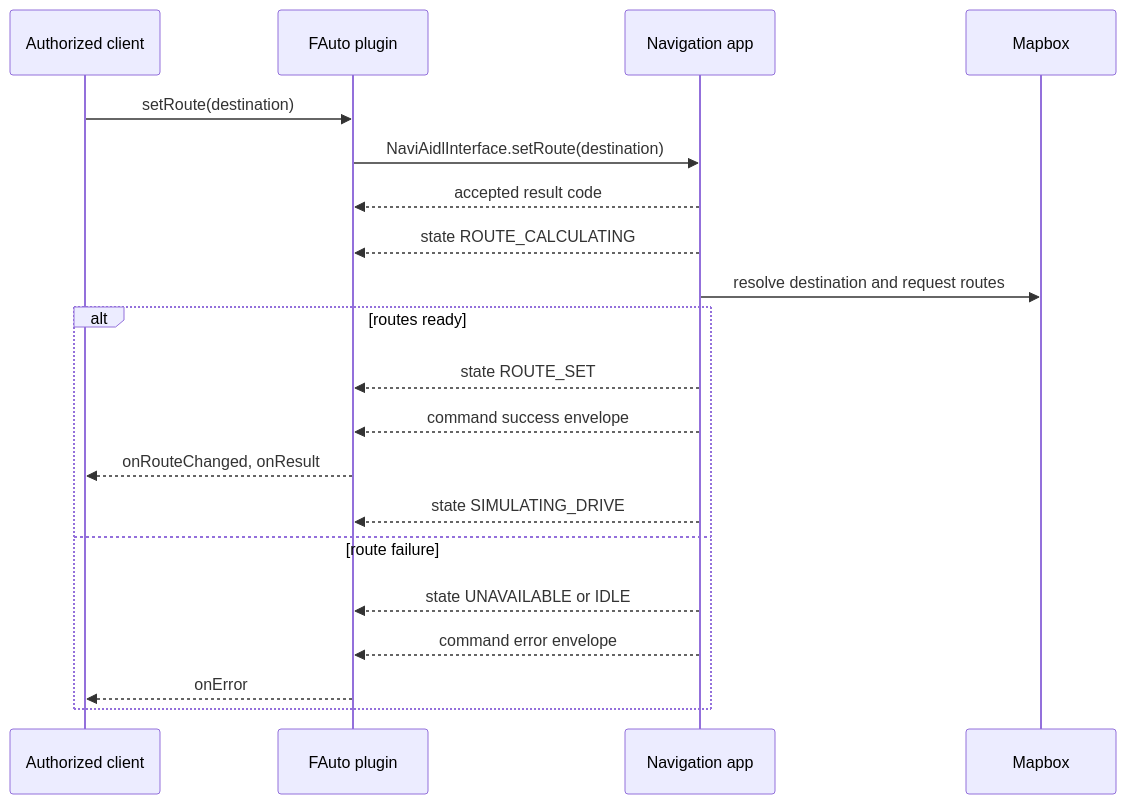
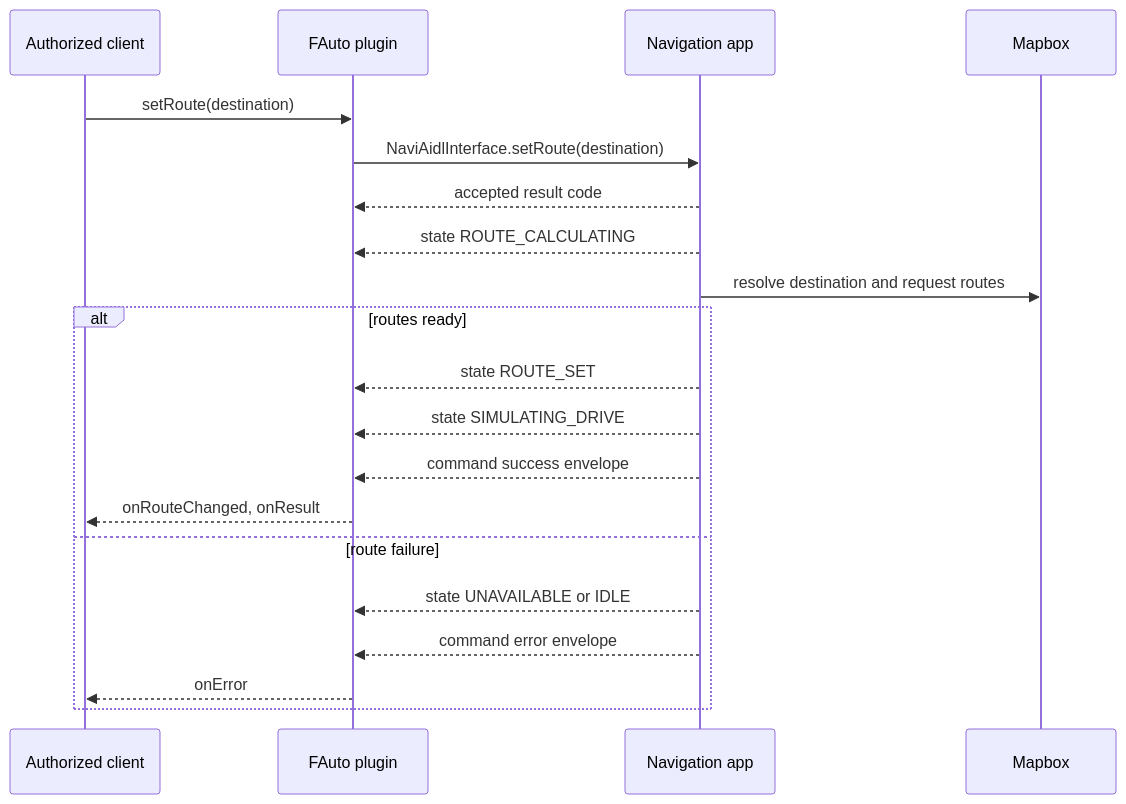
The fourth of 6 diagrams in docs/navigation-architecture.md (hieuld311/mapboxdemo), drawn with Mermaid before and after one commit. The commit also changed other lines of this file and 3 other files, not shown here.

````diff
--- a/docs/navigation-architecture.md
+++ b/docs/navigation-architecture.md
@@ -137,23 +137,23 @@
 ```mermaid
 sequenceDiagram
     participant Client as Authorized client
     participant Plugin as FAuto plugin
     participant App as Navigation app
     participant Mapbox as Mapbox
 
     Client->>Plugin: setRoute(destination)
     Plugin->>App: NaviAidlInterface.setRoute(destination)
     App-->>Plugin: accepted result code
     App-->>Plugin: state ROUTE_CALCULATING
     App->>Mapbox: resolve destination and request routes
     alt routes ready
         App-->>Plugin: state ROUTE_SET
+        App-->>Plugin: state SIMULATING_DRIVE
         App-->>Plugin: command success envelope
         Plugin-->>Client: onRouteChanged, onResult
-        App-->>Plugin: state SIMULATING_DRIVE
     else route failure
         App-->>Plugin: state UNAVAILABLE or IDLE
         App-->>Plugin: command error envelope
         Plugin-->>Client: onError
     end
 ```
````
